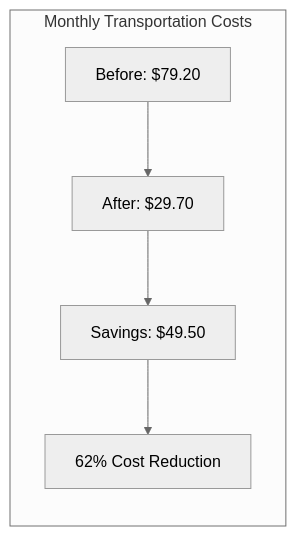
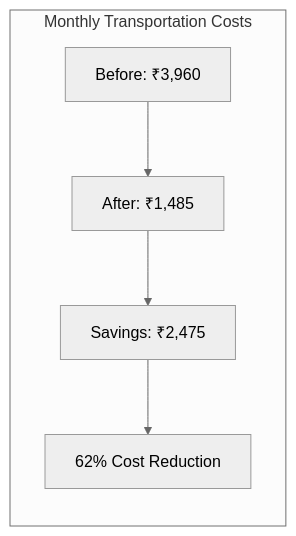
Before and after one commit to jattu8602/gogreen: the fourth of 5 diagrams in Docs/carbon-emission-research.md, drawn with Mermaid (neutral theme). The commit also changed other lines of this file, not shown here.

````diff
--- a/Docs/carbon-emission-research.md
+++ b/Docs/carbon-emission-research.md
@@ -124,8 +124,8 @@
 ```mermaid
 graph LR
     subgraph "Monthly Transportation Costs"
-        A[Before: $79.20] --> B[After: $29.70]
-        B --> C[Savings: $49.50]
+        A[Before: ₹3,960] --> B[After: ₹1,485]
+        B --> C[Savings: ₹2,475]
         C --> D[62% Cost Reduction]
     end
 ```
````
